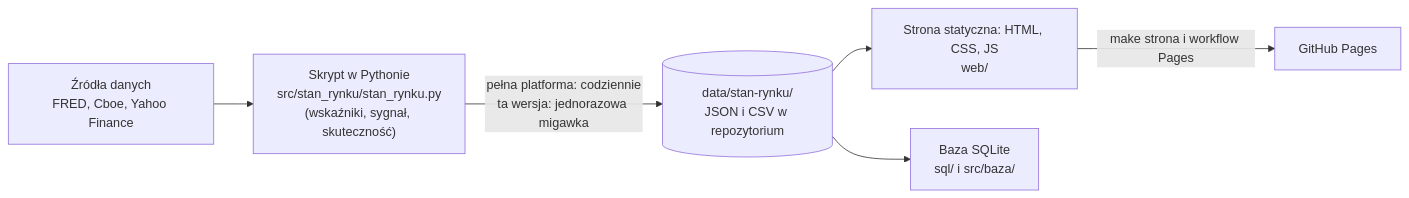
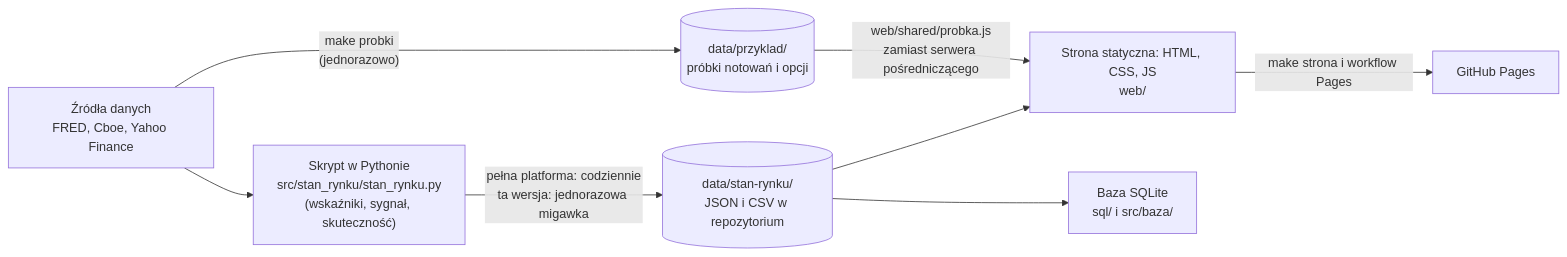
Before and after one commit to kobimpw/platforma_inwestycyjna: the diagram in README.md, drawn with Mermaid. The commit also changed other lines of this file and 47 other files, not shown here.

First line of the commit message:
Dodaj karty Pozycja i VaR na zapisanej próbce notowań i opcji

````diff
--- a/README.md
+++ b/README.md
@@ -111,8 +157,10 @@
 ```mermaid
 flowchart LR
     Z["Źródła danych<br/>FRED, Cboe, Yahoo Finance"] --> A["Skrypt w Pythonie<br/>src/stan_rynku/stan_rynku.py<br/>(wskaźniki, sygnał, skuteczność)"]
     A -->|"pełna platforma: codziennie<br/>ta wersja: jednorazowa migawka"| D[("data/stan-rynku/<br/>JSON i CSV w repozytorium")]
     D --> S["Strona statyczna: HTML, CSS, JS<br/>web/"]
     D --> B["Baza SQLite<br/>sql/ i src/baza/"]
+    Z -->|"make probki<br/>(jednorazowo)"| R[("data/przyklad/<br/>próbki notowań i opcji")]
+    R -->|"web/shared/probka.js<br/>zamiast serwera pośredniczącego"| S
     S -->|"make strona i workflow Pages"| P["GitHub Pages"]
 ```
````
